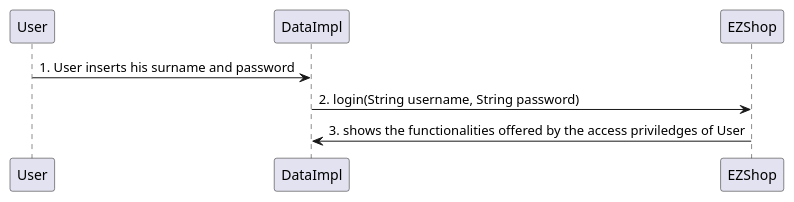
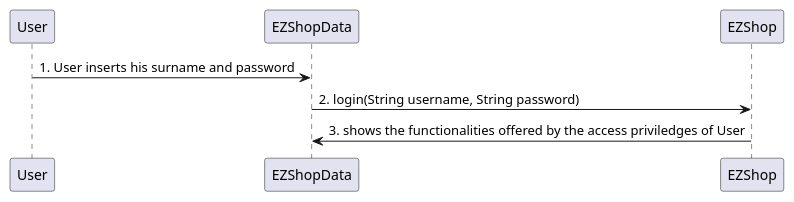
Before and after one commit to djemar/softeng_ezshop: diagram 15 of 31 in Deliverables/DesignDocument.md, drawn with PlantUML. The commit also changed other lines of this file, not shown here.

Commit message:
update SequenceDiagrams

````diff
--- a/Deliverables/DesignDocument.md
+++ b/Deliverables/DesignDocument.md
@@ -382,6 +383,6 @@
 ```plantuml
-"User" -> "DataImpl" : 1. User inserts his surname and password
-"DataImpl" -> "EZShop" : 2. login(String username, String password)
-"EZShop" -> "DataImpl": 3. shows the functionalities offered by the access priviledges of User
+"User" -> "EZShopData" : 1. User inserts his surname and password
+"EZShopData" -> "EZShop" : 2. login(String username, String password)
+"EZShop" -> "EZShopData": 3. shows the functionalities offered by the access priviledges of User
 
 ```
````
